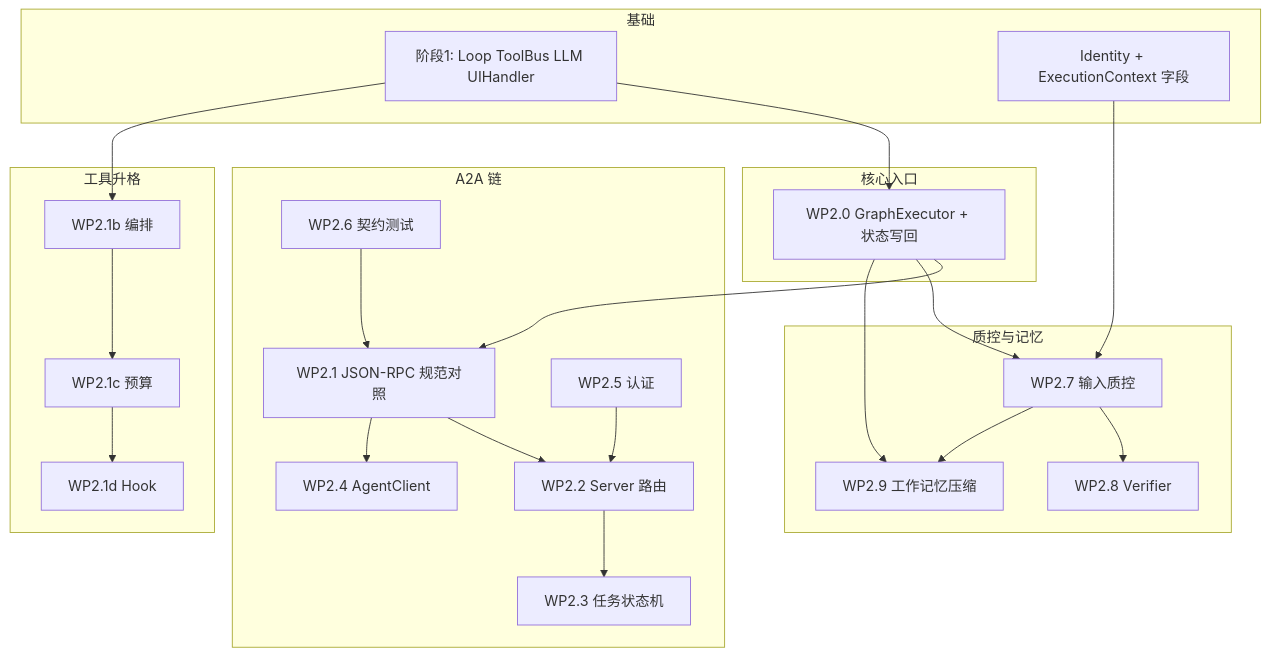
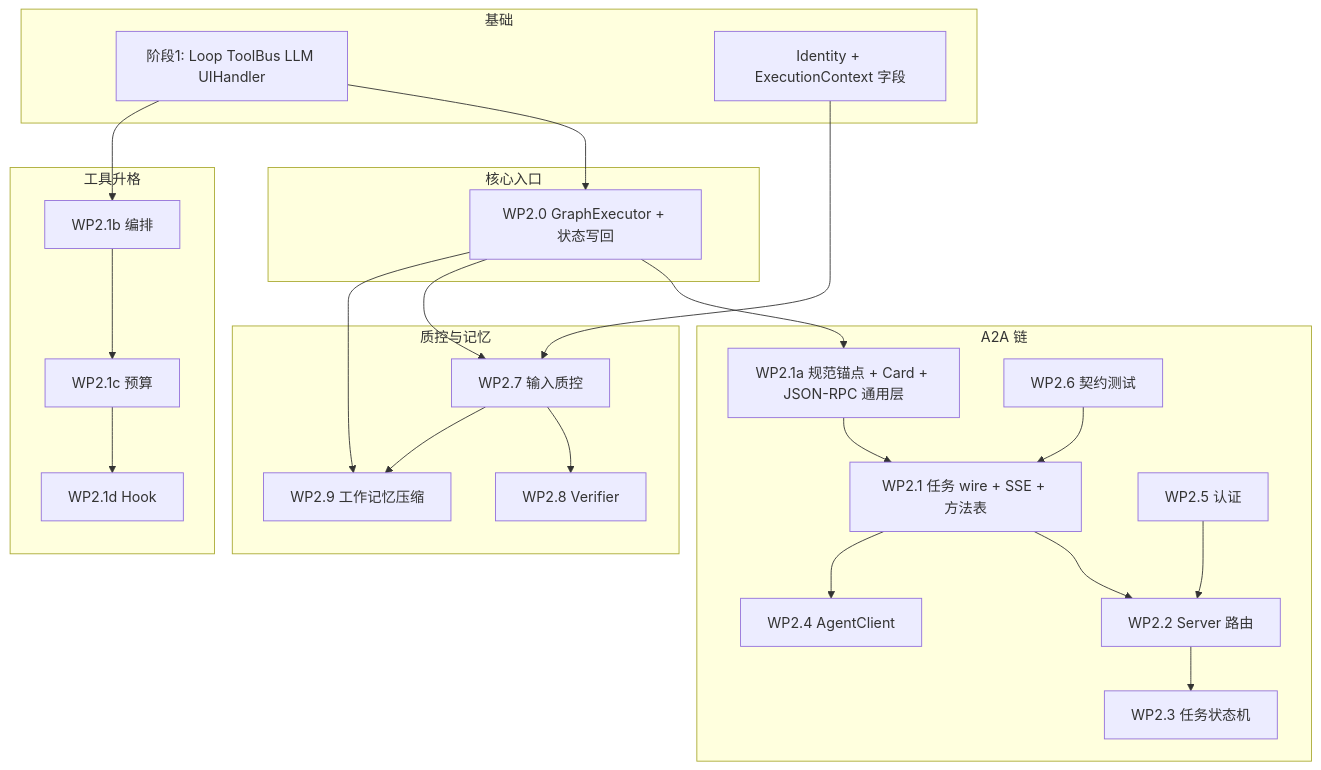
The diagram in agent_framework/docs/guides/phase-2-plan.md (Mapoet/taskflow), drawn with Mermaid before and after one commit. The commit also changed other lines of this file and 18 other files, not shown here.

````diff
--- a/agent_framework/docs/guides/phase-2-plan.md
+++ b/agent_framework/docs/guides/phase-2-plan.md
@@ -82,42 +85,44 @@
 ```mermaid
 flowchart TB
   subgraph foundation [基础]
     P1[阶段1: Loop ToolBus LLM UIHandler]
     E[Identity + ExecutionContext 字段]
   end
   subgraph core [核心入口]
     W20[WP2.0 GraphExecutor + 状态写回]
   end
   subgraph a2a [A2A 链]
-    W21[WP2.1 JSON-RPC 规范对照]
+    W21a[WP2.1a 规范锚点 + Card + JSON-RPC 通用层]
+    W21[WP2.1 任务 wire + SSE + 方法表]
     W22[WP2.2 Server 路由]
     W23[WP2.3 任务状态机]
     W24[WP2.4 AgentClient]
     W25[WP2.5 认证]
     W26[WP2.6 契约测试]
   end
   subgraph tools [工具升格]
     W1b[WP2.1b 编排]
     W1c[WP2.1c 预算]
     W1d[WP2.1d Hook]
   end
   subgraph quality [质控与记忆]
     W27[WP2.7 输入质控]
     W28[WP2.8 Verifier]
     W29[WP2.9 工作记忆压缩]
   end
   P1 --> W20
   E --> W27
-  W20 --> W21
+  W20 --> W21a
+  W21a --> W21
   W21 --> W22 --> W23
   W21 --> W24
   W25 --> W22
   W26 --> W21
   P1 --> W1b
   W1b --> W1c
   W1c --> W1d
   W20 --> W27
   W27 --> W28
   W20 --> W29
   W27 --> W29
 ```
````
